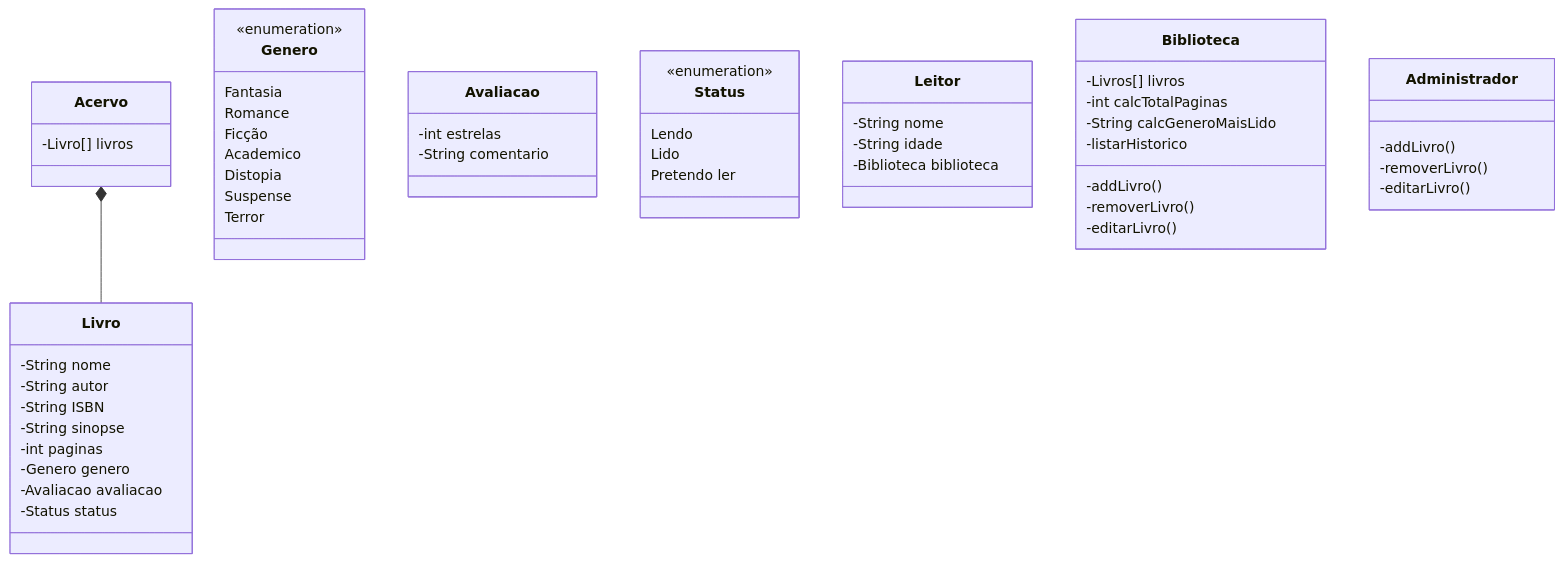
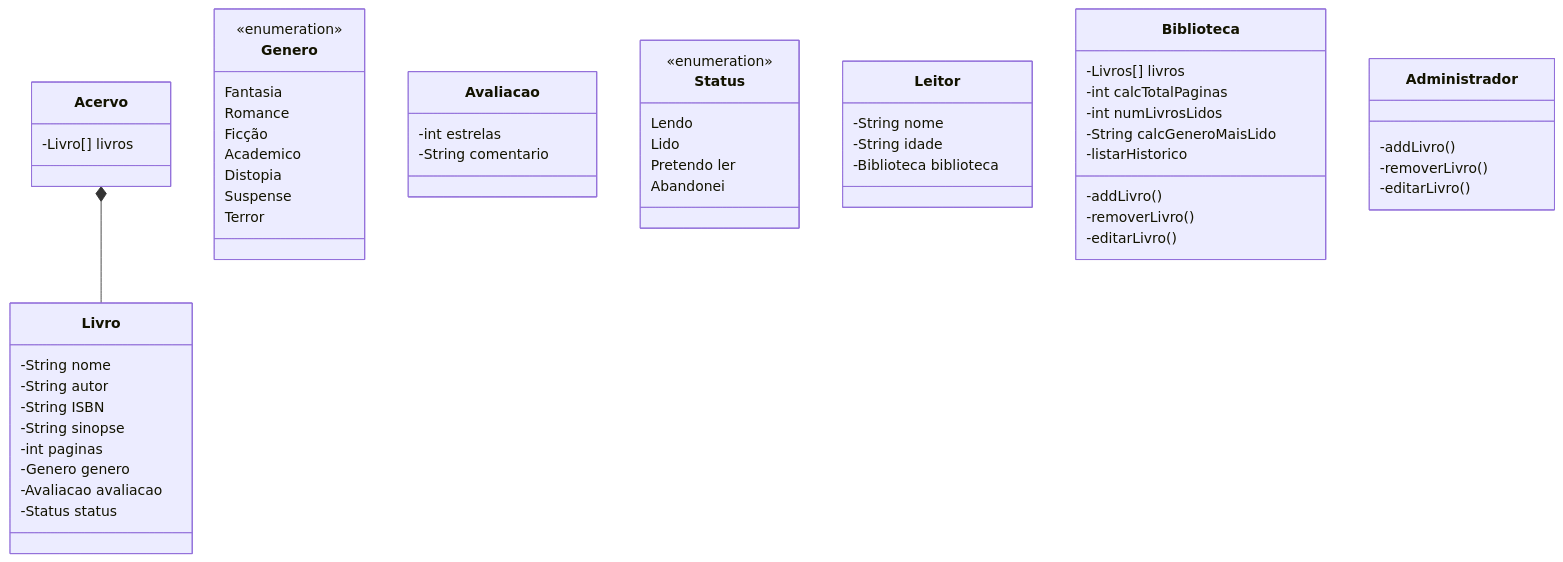
One commit to martins-joaopedro/DCC025-TrabalhoFinal changed the first of 2 diagrams in README.md. Above: the diagram before and after it, drawn with Mermaid. The commit also changed other lines of this file, not shown here.

````diff
--- a/README.md
+++ b/README.md
@@ -4,74 +4,69 @@
 ``` mermaid
-classDiagram
+classDiagram 
 
 Acervo *-- Livro
-Biblioteca
- Leitor
-
-Livro
-Biblioteca
-
 
 class Livro {
     -String nome
     -String autor
     -String ISBN
     -String sinopse
     -int paginas
     -Genero genero 
     -Avaliacao avaliacao
     -Status status
 }
 
 class Genero {
     <<enumeration>>
     Fantasia
     Romance
     Ficção
     Academico
     Distopia
     Suspense
     Terror
 }
 
 class Acervo {
     -Livro[] livros
 }
 
 class Avaliacao {
     -int estrelas
     -String comentario
 }
 
 class Status {
     <<enumeration>>
     Lendo
     Lido
     Pretendo ler
+    Abandonei
 }
 
 class Leitor {
     -String nome
     -String idade
     -Biblioteca biblioteca
 }
 
 class Biblioteca {
     -Livros[] livros
 
     -addLivro()
     -removerLivro()
     -editarLivro()
 
     -int calcTotalPaginas
+    -int numLivrosLidos
     -String calcGeneroMaisLido
     -listarHistorico
 }
 
 class Administrador {
     -addLivro()
     -removerLivro()
     -editarLivro()
 }
-
 ```
````
